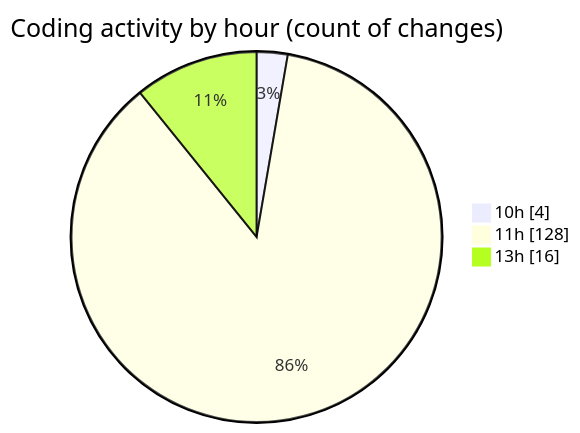
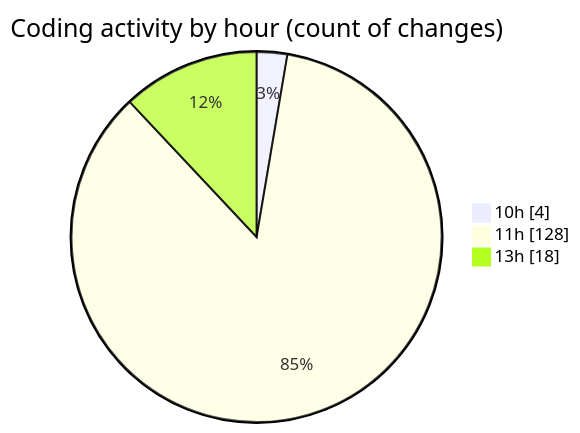
The second of 2 diagrams in 2025-04-14/nxtqube_webapp/README.md (nxtqubesakshisongat/code-tracking), drawn with Mermaid before and after one commit. The commit also changed other lines of this file and 1 other file, not shown here.

````diff
--- a/2025-04-14/nxtqube_webapp/README.md
+++ b/2025-04-14/nxtqube_webapp/README.md
@@ -35,7 +35,7 @@
 ```mermaid
 pie showData
 title Coding activity by hour (count of changes)
 "10h" : 4
 "11h" : 128
-"13h" : 16
+"13h" : 18
 ```
````
